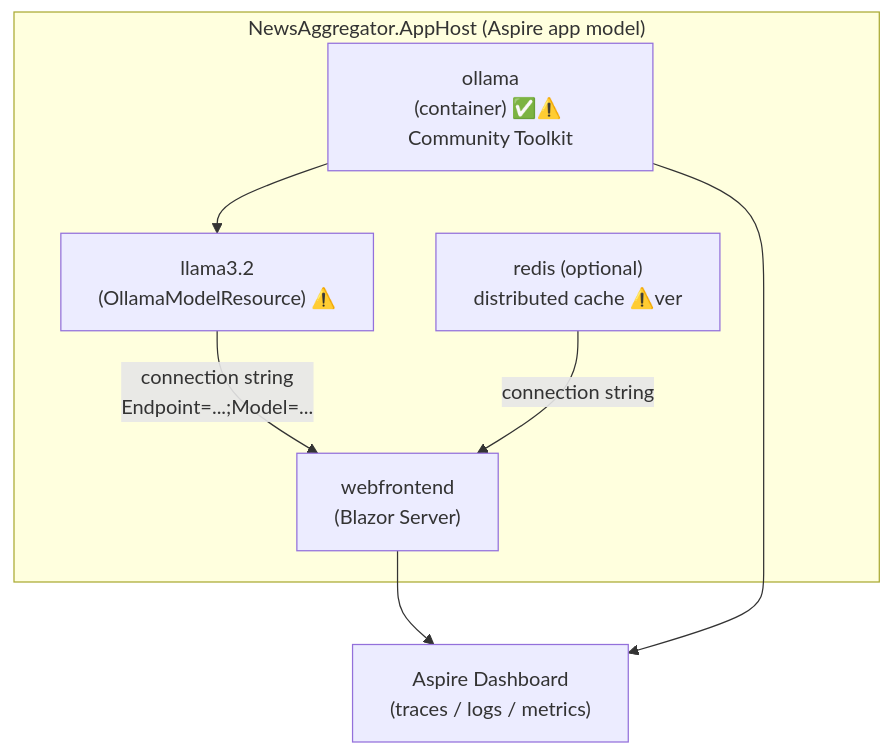
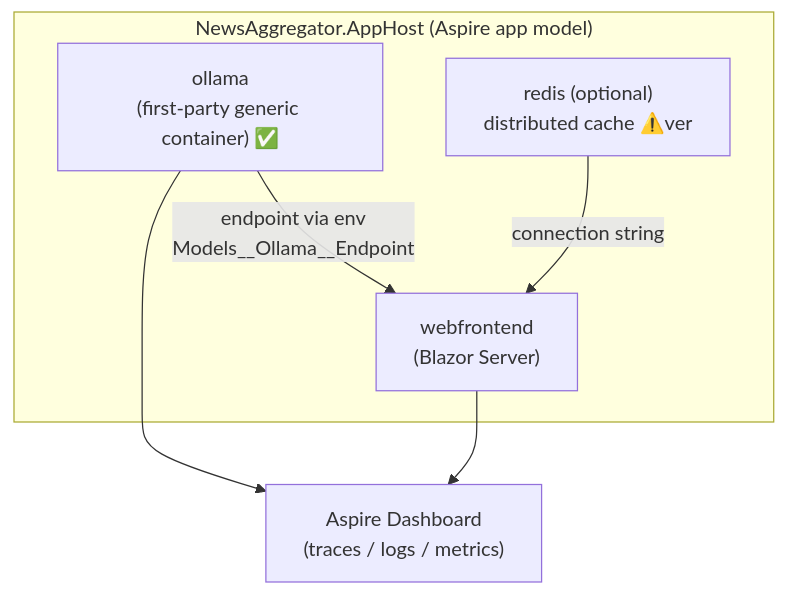
The first of 2 diagrams in News-Aggregator/docs/06-aspire-topology-and-docker.md (behl1anmol/CodeWithAnmol), drawn with Mermaid before and after one commit. The commit also changed other lines of this file and 4 other files, not shown here.

First line of the commit message:
Use native Microsoft.Extensions.AI.Ollama; drop OllamaSharp & Community Toolkit

````diff
--- a/News-Aggregator/docs/06-aspire-topology-and-docker.md
+++ b/News-Aggregator/docs/06-aspire-topology-and-docker.md
@@ -11,16 +11,14 @@
 ```mermaid
 graph TD
     subgraph AppHost["NewsAggregator.AppHost (Aspire app model)"]
         Web["webfrontend<br/>(Blazor Server)"]
-        Ollama["ollama<br/>(container) ✅⚠️ Community Toolkit"]
-        Model["llama3.2<br/>(OllamaModelResource) ⚠️"]
+        Ollama["ollama<br/>(first-party generic container) ✅"]
         Redis["redis (optional)<br/>distributed cache ⚠️ver"]
     end
     Dash["Aspire Dashboard<br/>(traces / logs / metrics)"]
 
-    Ollama --> Model
-    Model -->|"connection string<br/>Endpoint=...;Model=..."| Web
+    Ollama -->|"endpoint via env<br/>Models__Ollama__Endpoint"| Web
     Redis -->|connection string| Web
     Web --> Dash
     Ollama --> Dash
 ```
````
